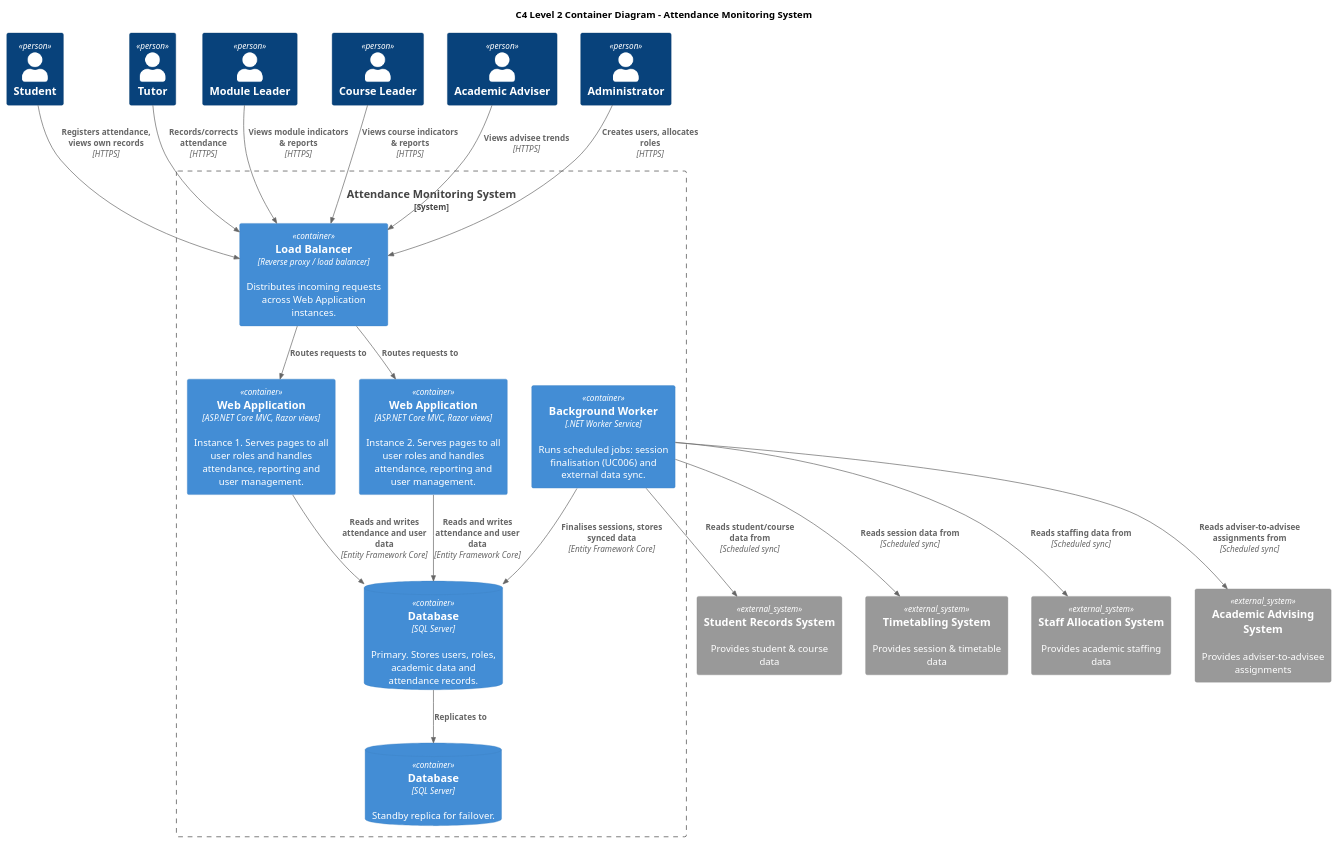
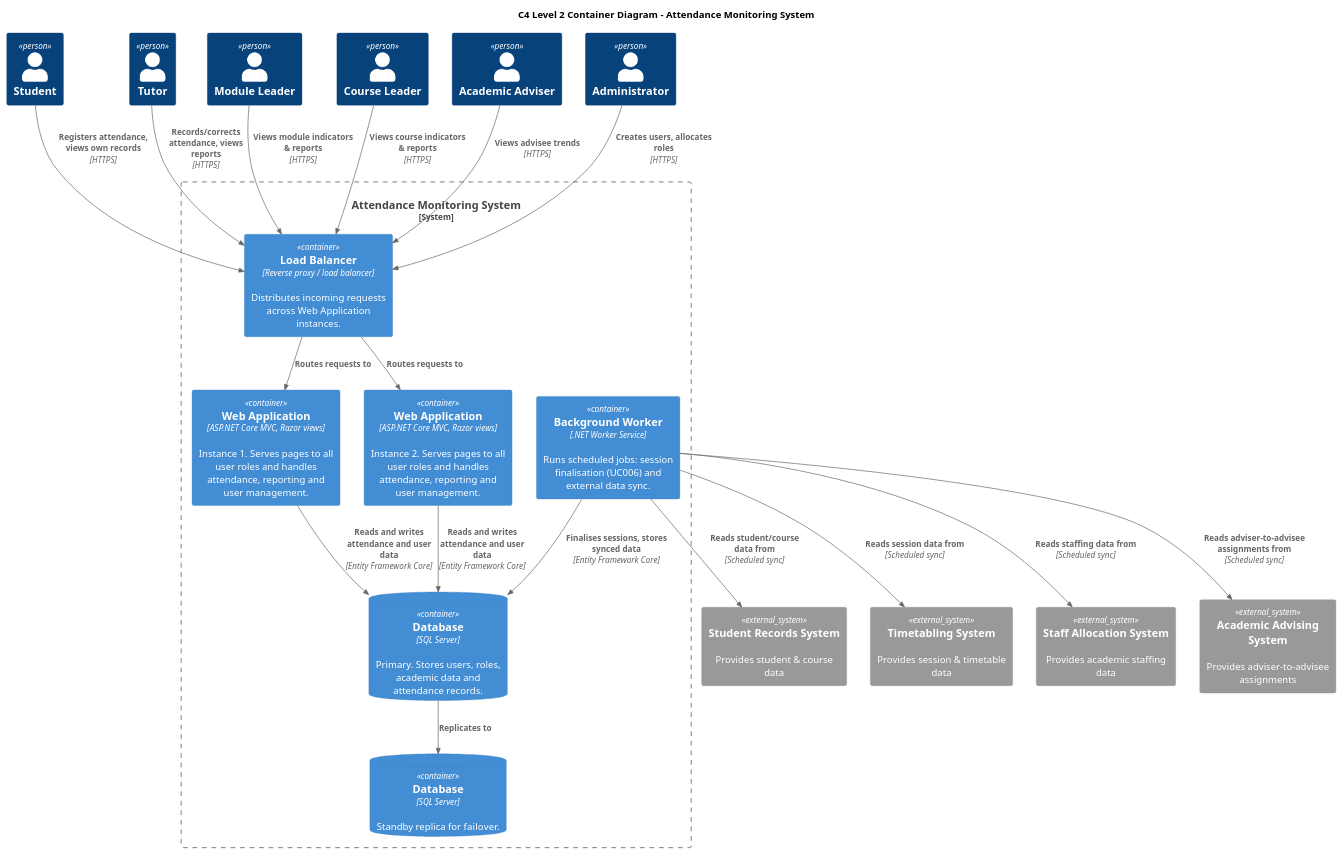
One commit to Shelly855/attendance-monitoring-copy changed the diagram in diagrams/c4-level2-diagram.puml. Above: the diagram before and after it, drawn with PlantUML. The commit also changed 7 other files, not shown here.

Commit message:
diagrams

```diff
--- a/diagrams/c4-level2-diagram.puml
+++ b/diagrams/c4-level2-diagram.puml
@@ -1,46 +1,46 @@
 @startuml AttendanceMonitoringSystemC4L2
 title C4 Level 2 Container Diagram – Attendance Monitoring System
 !include https://raw.githubusercontent.com/plantuml-stdlib/C4-PlantUML/master/C4_Container.puml
 
 Person(student, "Student")
 Person(tutor, "Tutor")
 Person(moduleLeader, "Module Leader")
 Person(courseLeader, "Course Leader")
 Person(adviser, "Academic Adviser")
 Person(admin, "Administrator")
 
 System_Boundary(ams, "Attendance Monitoring System") {
     Container(lb, "Load Balancer", "Reverse proxy / load balancer", "Distributes incoming requests across Web Application instances.")
     Container(web1, "Web Application", "ASP.NET Core MVC, Razor views", "Instance 1. Serves pages to all user roles and handles attendance, reporting and user management.")
     Container(web2, "Web Application", "ASP.NET Core MVC, Razor views", "Instance 2. Serves pages to all user roles and handles attendance, reporting and user management.")
     Container(worker, "Background Worker", ".NET Worker Service", "Runs scheduled jobs: session finalisation (UC006) and external data sync.")
     ContainerDb(db, "Database", "SQL Server", "Primary. Stores users, roles, academic data and attendance records.")
     ContainerDb(dbStandby, "Database", "SQL Server", "Standby replica for failover.")
 }
 
 System_Ext(studentRecords, "Student Records System", "Provides student & course data")
 System_Ext(timetabling, "Timetabling System", "Provides session & timetable data")
 System_Ext(staffAlloc, "Staff Allocation System", "Provides academic staffing data")
 System_Ext(advising, "Academic Advising System", "Provides adviser-to-advisee assignments")
 
 Rel(student, lb, "Registers attendance, views own records", "HTTPS")
-Rel(tutor, lb, "Records/corrects attendance", "HTTPS")
+Rel(tutor, lb, "Records/corrects attendance, views reports", "HTTPS")
 Rel(moduleLeader, lb, "Views module indicators & reports", "HTTPS")
 Rel(courseLeader, lb, "Views course indicators & reports", "HTTPS")
 Rel(adviser, lb, "Views advisee trends", "HTTPS")
 Rel(admin, lb, "Creates users, allocates roles", "HTTPS")
 
 Rel(lb, web1, "Routes requests to")
 Rel(lb, web2, "Routes requests to")
 
 Rel(web1, db, "Reads and writes attendance and user data", "Entity Framework Core")
 Rel(web2, db, "Reads and writes attendance and user data", "Entity Framework Core")
 Rel(worker, db, "Finalises sessions, stores synced data", "Entity Framework Core")
 
 Rel(db, dbStandby, "Replicates to")
 
 Rel(worker, studentRecords, "Reads student/course data from", "Scheduled sync")
 Rel(worker, timetabling, "Reads session data from", "Scheduled sync")
 Rel(worker, staffAlloc, "Reads staffing data from", "Scheduled sync")
 Rel(worker, advising, "Reads adviser-to-advisee assignments from", "Scheduled sync")
 @enduml
```
